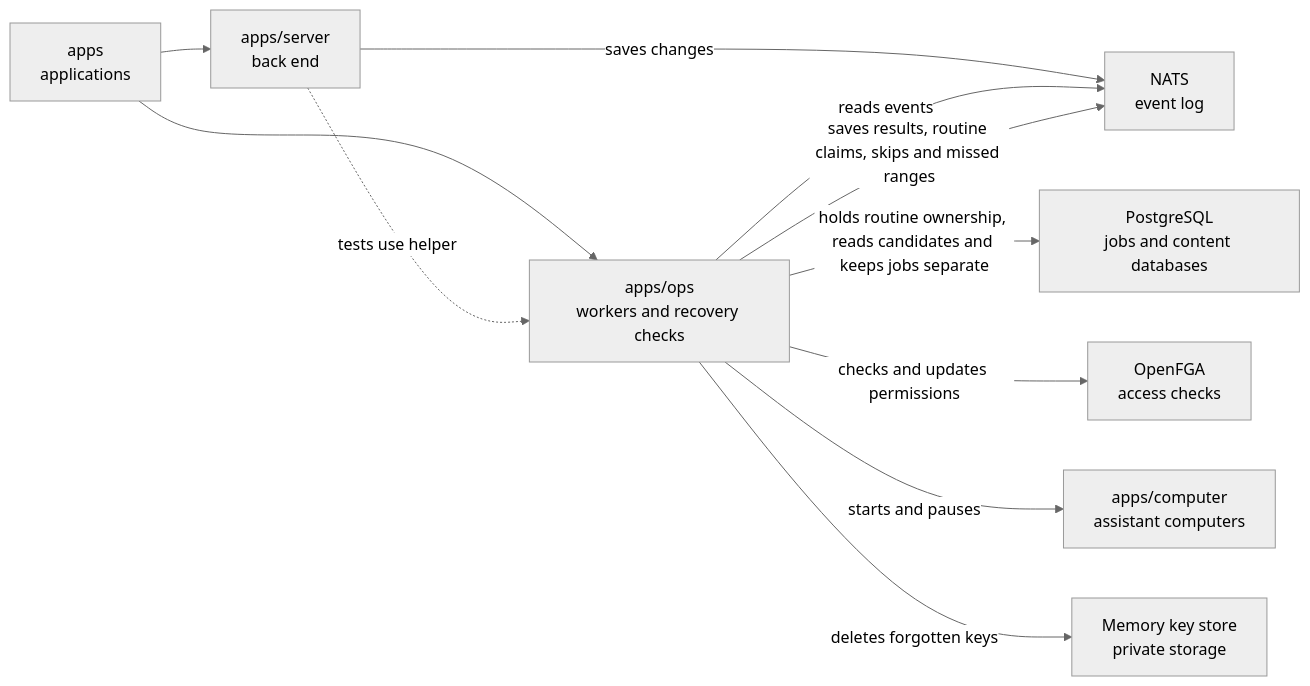
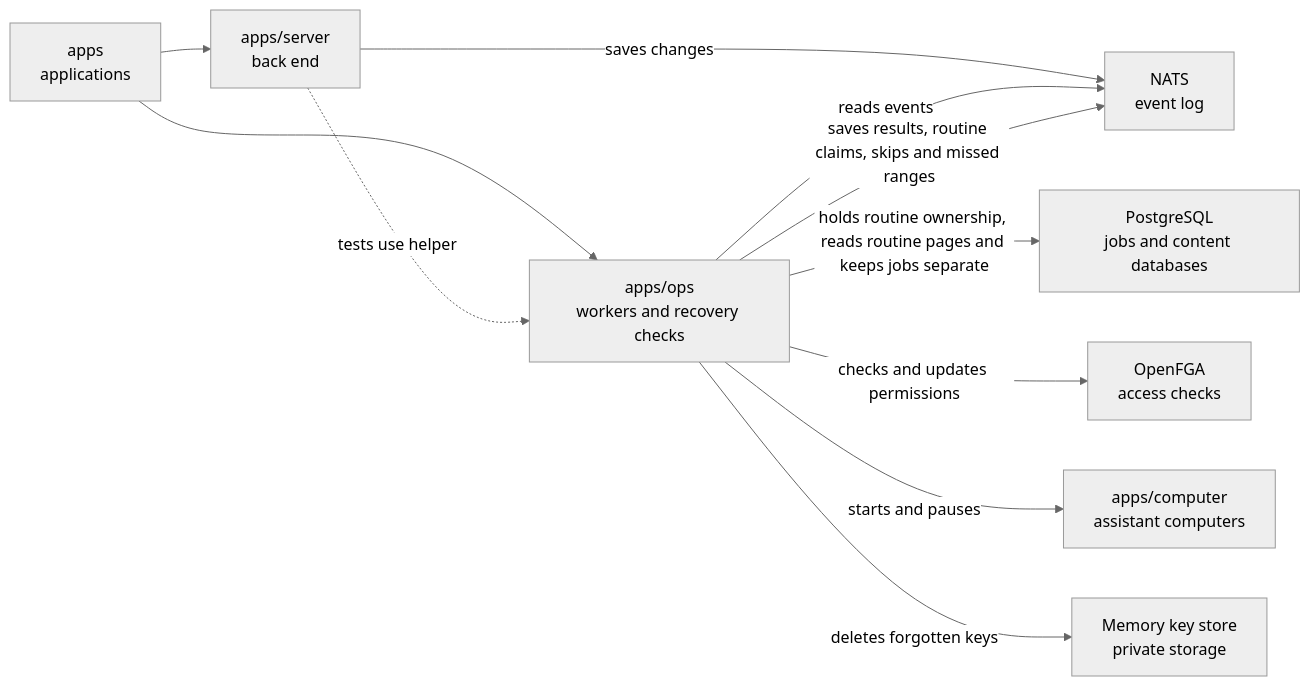
Before and after one commit to elewa-git/opencrane-new: the diagram in apps/ops/README.md, drawn with Mermaid (neutral theme). The commit also changed other lines of this file and 5 other files, not shown here.

````diff
--- a/apps/ops/README.md
+++ b/apps/ops/README.md
@@ -17,13 +17,13 @@
 ```mermaid
 flowchart LR
   apps["apps<br/>applications"] --> ops["apps/ops<br/>workers and recovery checks"]
   apps --> server["apps/server<br/>back end"]
   server -.->|tests use helper| ops
   server -->|saves changes| nats["NATS<br/>event log"]
   ops -->|reads events| nats
   ops -->|saves results, routine claims, skips and missed ranges| nats
-  ops -->|holds routine ownership, reads candidates and keeps jobs separate| pg["PostgreSQL<br/>jobs and content databases"]
+  ops -->|holds routine ownership, reads routine pages and keeps jobs separate| pg["PostgreSQL<br/>jobs and content databases"]
   ops -->|checks and updates permissions| fga["OpenFGA<br/>access checks"]
   ops -->|starts and pauses| computer["apps/computer<br/>assistant computers"]
   ops -->|deletes forgotten keys| keys["Memory key store<br/>private storage"]
 ```
````
